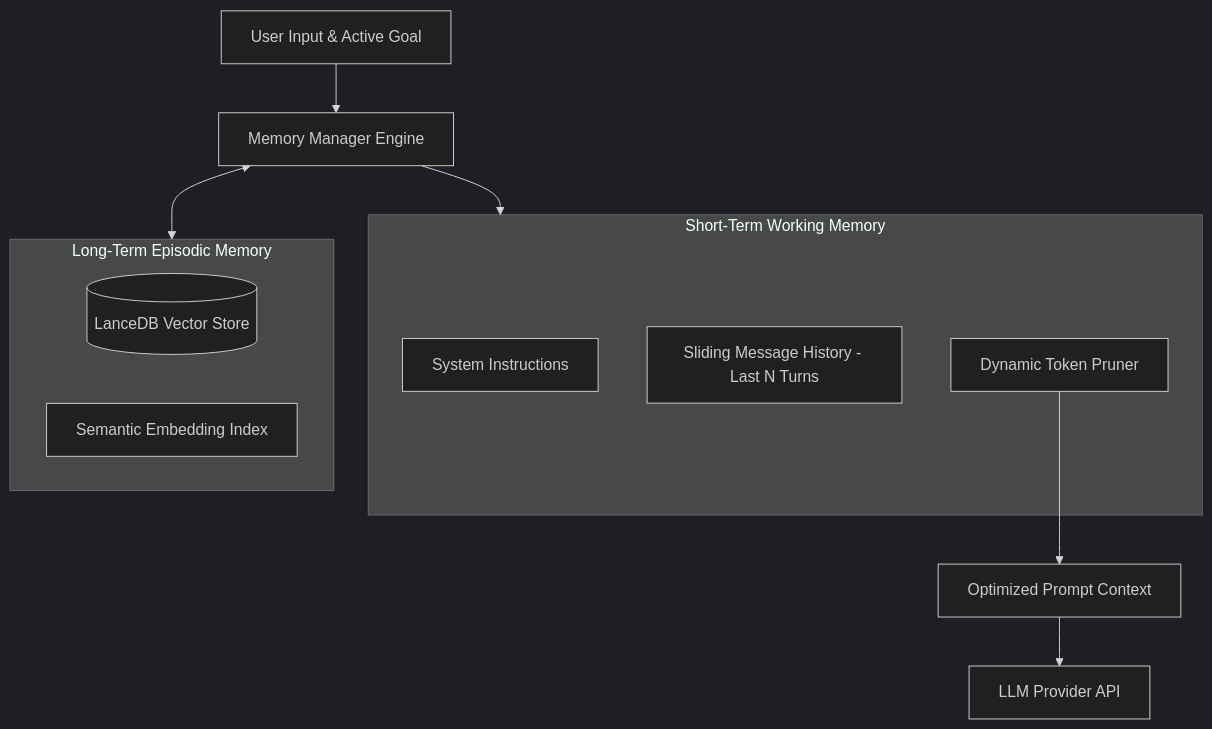
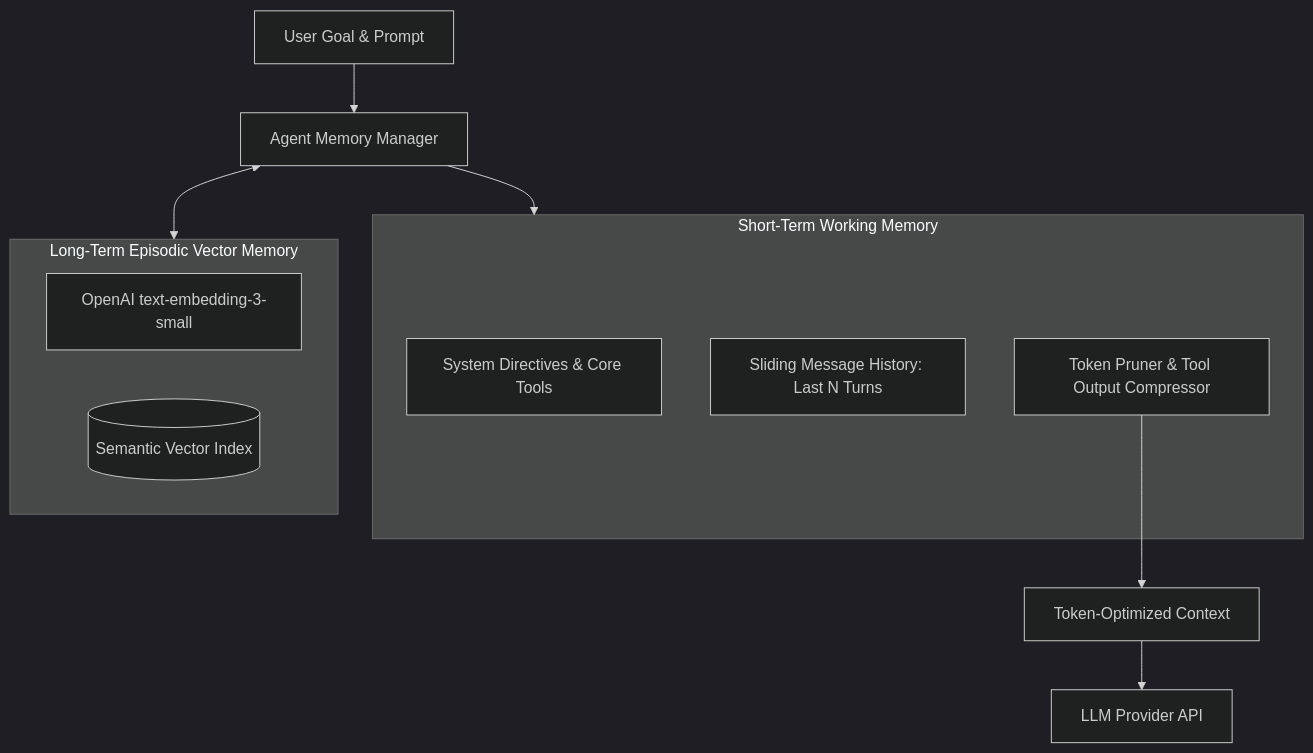
One commit to Ovanthra-Inc/sidhya-blog changed the diagram in content/posts/ai-engineering-from-zero/multi-agent-framework-part-2-memory-systems.mdx. Above: the diagram before and after it, drawn with Mermaid (dark theme). The commit also changed other lines of this file and 42 other files, not shown here.

````diff
--- a/content/posts/ai-engineering-from-zero/multi-agent-framework-part-2-memory-systems.mdx
+++ b/content/posts/ai-engineering-from-zero/multi-agent-framework-part-2-memory-systems.mdx
@@ -39,20 +37,20 @@
 ```mermaid
 flowchart TD
-    UserQuery[User Input & Active Goal] --> MemoryManager[Memory Manager Engine]
+    UserQuery[User Goal & Prompt] --> MemoryManager[Agent Memory Manager]
 
     subgraph WorkingMemory[Short-Term Working Memory]
-        SystemPrompt[System Instructions]
-        SlidingWindow[Sliding Message History - Last N Turns]
-        Pruner[Dynamic Token Pruner]
+        SystemPrompt[System Directives & Core Tools]
+        SlidingWindow[Sliding Message History: Last N Turns]
+        Pruner[Token Pruner & Tool Output Compressor]
     end
 
-    subgraph LongTermMemory[Long-Term Episodic Memory]
-        VectorStore[(LanceDB Vector Store)]
-        Embeddings[Semantic Embedding Index]
+    subgraph EpisodicMemory[Long-Term Episodic Vector Memory]
+        Embeddings[OpenAI text-embedding-3-small]
+        VectorStore[(Semantic Vector Index)]
     end
 
     MemoryManager --> WorkingMemory
-    MemoryManager <--> LongTermMemory
-    Pruner --> OptimizedPrompt[Optimized Prompt Context]
-    OptimizedPrompt --> LLM[LLM Provider API]
+    MemoryManager <--> EpisodicMemory
+    Pruner --> CompactPrompt[Token-Optimized Context]
+    CompactPrompt --> LLM[LLM Provider API]
 ```
````
